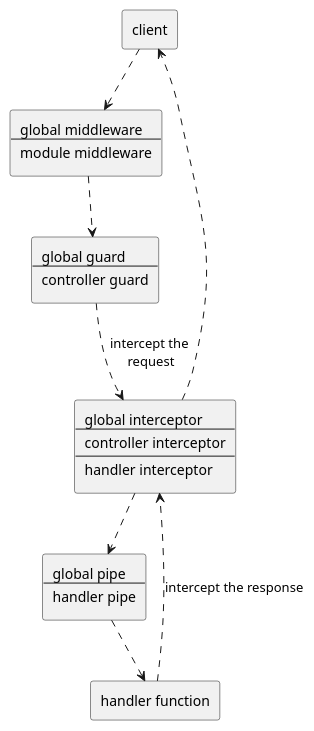
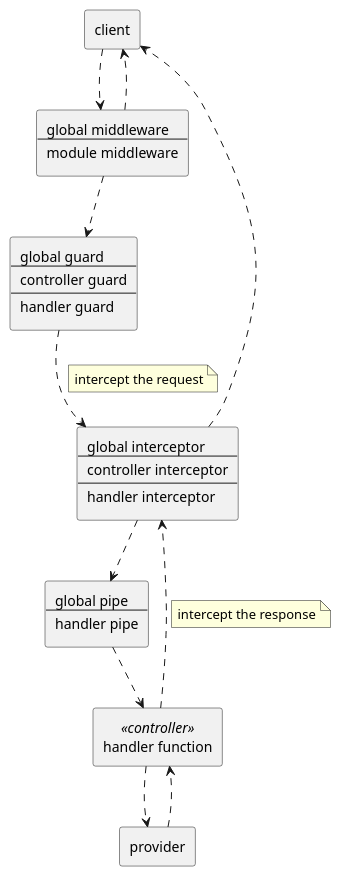
Before and after one commit to devonfw/devon4ts: the diagram in documentation/plantuml/components.puml, drawn with PlantUML. The commit also changed 25 other files, not shown here.

```diff
--- a/documentation/plantuml/components.puml
+++ b/documentation/plantuml/components.puml
@@ -1,40 +1,48 @@
-@startuml componets
+@startuml components
 agent client as cli
 
 rectangle middleware [
   global middleware
   ----
   module middleware
 ]
 
 rectangle guard [
   global guard
   ----
   controller guard
+  ----
+  handler guard
 ]
 
 rectangle interceptor [
   global interceptor
   ----
   controller interceptor
   ----
   handler interceptor
 ]
 
 rectangle pipe [
   global pipe
   ----
   handler pipe
 ]
 
-agent "handler function" as handler
+agent "handler function" <<controller>> as handler
+agent "provider" as provider
 
 cli ..> middleware
+middleware ..> cli
 middleware ..> guard
-guard ..> interceptor : intercept the\n request
+guard ..> interceptor
+note left on link : intercept the request
 interceptor ..> pipe
 pipe ..> handler
-handler ..> interceptor : intercept the response
+handler ..> interceptor
+note left on link: intercept the response
 interceptor ..> cli
+handler ..> provider
+provider ..> handler
 
 @enduml
```
